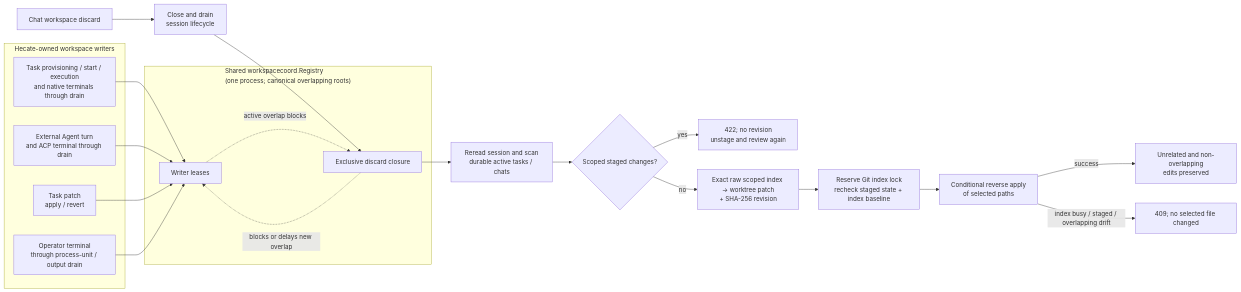
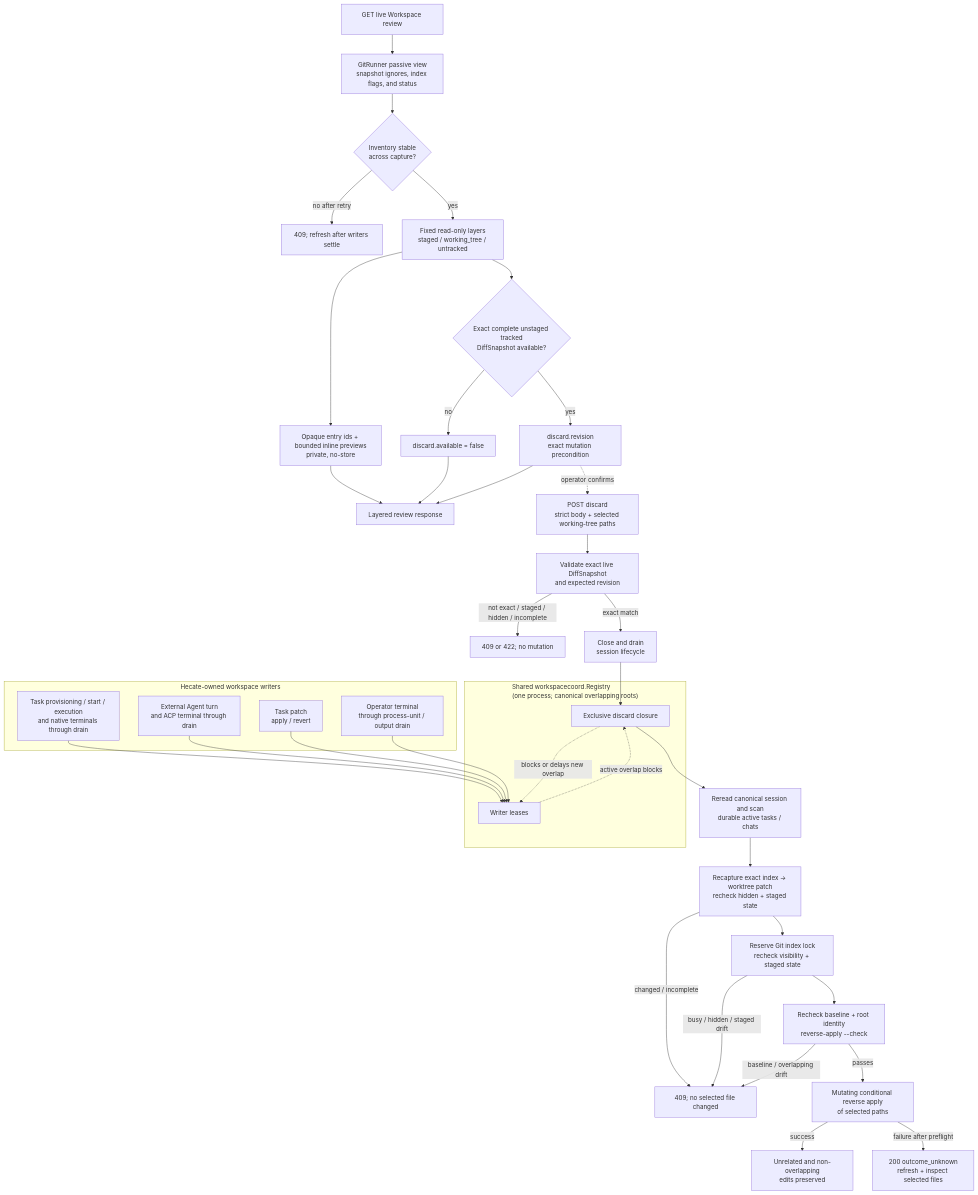
One commit to hecatehq/hecate changed the fourth of 6 diagrams in docs/contributor/architecture.md. Above: the diagram before and after it, drawn with Mermaid. The commit also changed other lines of this file and 67 other files, not shown here.

First line of the commit message:
feat(chat): add complete workspace change review

````diff
--- a/docs/contributor/architecture.md
+++ b/docs/contributor/architecture.md
@@ -293,33 +292,50 @@
 ```mermaid
-flowchart LR
+flowchart TB
+    ReviewRequest["GET live Workspace review"] --> Passive["GitRunner passive view<br/>snapshot ignores, index flags, and status"]
+    Passive --> Stability{"Inventory stable<br/>across capture?"}
+    Stability -->|"no after retry"| ReviewConflict["409; refresh after writers settle"]
+    Stability -->|"yes"| Layers["Fixed read-only layers<br/>staged / working_tree / untracked"]
+    Layers --> Previews["Opaque entry ids + bounded inline previews<br/>private, no-store"]
+    Layers --> Capability{"Exact complete unstaged tracked<br/>DiffSnapshot available?"}
+    Capability -->|"no"| Closed["discard.available = false"]
+    Capability -->|"yes"| Token["discard.revision<br/>exact mutation precondition"]
+    Previews --> ReviewResponse["Layered review response"]
+    Closed --> ReviewResponse
+    Token --> ReviewResponse
+
     subgraph Writers["Hecate-owned workspace writers"]
         Task["Task provisioning / start / execution<br/>and native terminals through drain"]
         ACP["External Agent turn<br/>and ACP terminal through drain"]
         Patch["Task patch<br/>apply / revert"]
         Terminal["Operator terminal<br/>through process-unit / output drain"]
     end
 
     subgraph Registry["Shared workspacecoord.Registry<br/>(one process; canonical overlapping roots)"]
         WriterLease["Writer leases"]
         Exclusive["Exclusive discard closure"]
     end
 
     Task --> WriterLease
     ACP --> WriterLease
     Patch --> WriterLease
     Terminal --> WriterLease
 
-    Discard["Chat workspace discard"] --> Session["Close and drain<br/>session lifecycle"]
+    Token -. "operator confirms" .-> Discard["POST discard<br/>strict body + selected working-tree paths"]
+    Discard --> Initial["Validate exact live DiffSnapshot<br/>and expected revision"]
+    Initial -->|"not exact / staged / hidden / incomplete"| Refuse["409 or 422; no mutation"]
+    Initial -->|"exact match"| Session["Close and drain<br/>session lifecycle"]
     Session --> Exclusive
     WriterLease -. "active overlap blocks" .-> Exclusive
     Exclusive -. "blocks or delays new overlap" .-> WriterLease
 
-    Exclusive --> Owners["Reread session and scan<br/>durable active tasks / chats"]
-    Owners --> Staged{"Scoped staged changes?"}
-    Staged -->|"yes"| Refuse["422; no revision<br/>unstage and review again"]
-    Staged -->|"no"| Snapshot["Exact raw scoped index → worktree patch<br/>+ SHA-256 revision"]
-    Snapshot --> IndexLock["Reserve Git index lock<br/>recheck staged state + index baseline"]
-    IndexLock --> Apply["Conditional reverse apply<br/>of selected paths"]
+    Exclusive --> Owners["Reread canonical session and scan<br/>durable active tasks / chats"]
+    Owners --> Snapshot["Recapture exact index → worktree patch<br/>recheck hidden + staged state"]
+    Snapshot -->|"changed / incomplete"| MutationConflict["409; no selected file changed"]
+    Snapshot --> IndexLock["Reserve Git index lock<br/>recheck visibility + staged state"]
+    IndexLock -->|"busy / hidden / staged drift"| MutationConflict
+    IndexLock --> Preflight["Recheck baseline + root identity<br/>reverse-apply --check"]
+    Preflight -->|"baseline / overlapping drift"| MutationConflict
+    Preflight -->|"passes"| Apply["Mutating conditional reverse apply<br/>of selected paths"]
     Apply -->|"success"| Preserve["Unrelated and non-overlapping<br/>edits preserved"]
-    Apply -->|"index busy / staged / overlapping drift"| Conflict["409; no selected file changed"]
+    Apply -->|"failure after preflight"| OutcomeUnknown["200 outcome_unknown<br/>refresh + inspect selected files"]
 ```
````
